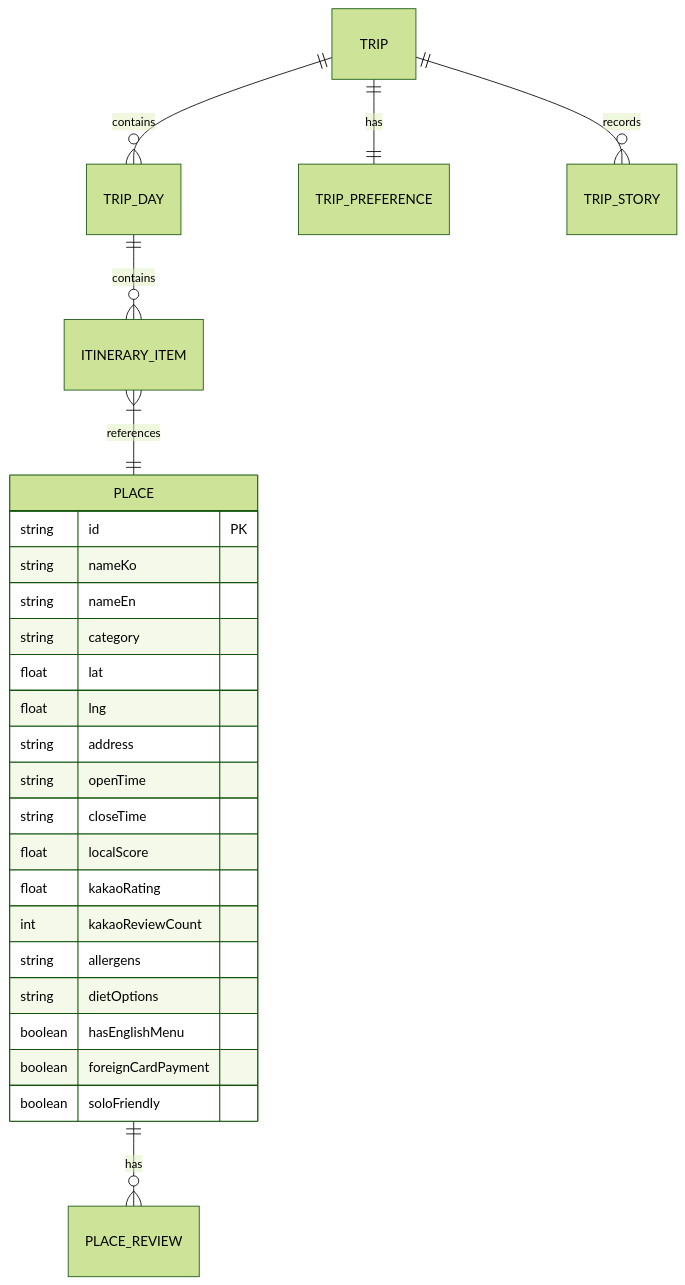
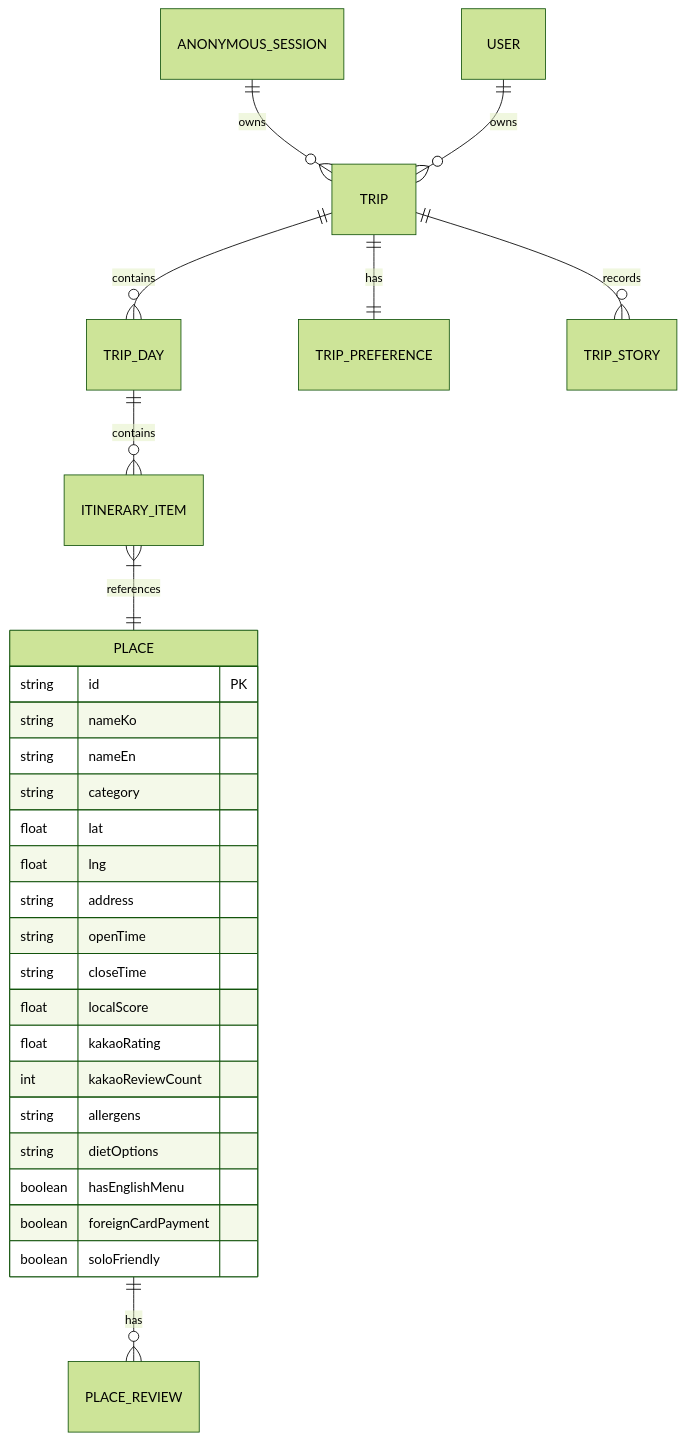
One commit to yeaseunglee96-rgb/LOCAL_ROUTE_DEMO changed the second of 2 diagrams in LOCAL_ROUTE_기획서_v5.md. Above: the diagram before and after it, drawn with Mermaid (forest theme). The commit also changed other lines of this file and 4 other files, not shown here.

````diff
--- a/LOCAL_ROUTE_기획서_v5.md
+++ b/LOCAL_ROUTE_기획서_v5.md
@@ -196,29 +205,31 @@
 ```mermaid
 erDiagram
     TRIP ||--o{ TRIP_DAY : contains
     TRIP ||--|| TRIP_PREFERENCE : has
     TRIP_DAY ||--o{ ITINERARY_ITEM : contains
     ITINERARY_ITEM }|--|| PLACE : references
     PLACE ||--o{ PLACE_REVIEW : has
     TRIP ||--o{ TRIP_STORY : records
+    ANONYMOUS_SESSION ||--o{ TRIP : owns
+    USER ||--o{ TRIP : owns
 
     PLACE {
         string id PK
         string nameKo
         string nameEn
         string category
         float lat
         float lng
         string address
         string openTime
         string closeTime
         float localScore
         float kakaoRating
         int kakaoReviewCount
         string allergens
         string dietOptions
         boolean hasEnglishMenu
         boolean foreignCardPayment
         boolean soloFriendly
     }
 ```
````
